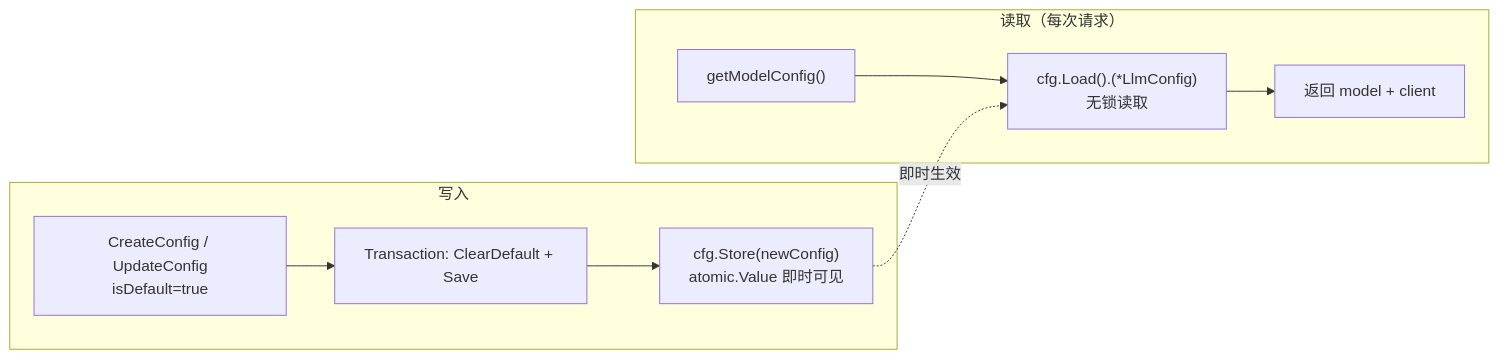
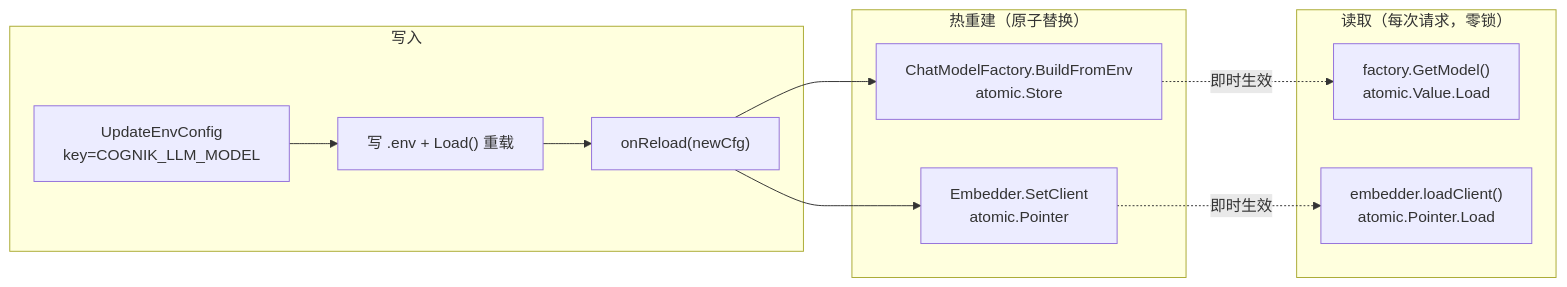
Diagram 11 of 11 in docs/TECH.md (int2t05/Cognik), drawn with Mermaid before and after one commit. The commit also changed other lines of this file and 33 other files, not shown here.

````diff
--- a/docs/TECH.md
+++ b/docs/TECH.md
@@ -474,10 +476,15 @@
 ```mermaid
 flowchart LR
     subgraph Write["写入"]
-        W1["CreateConfig / UpdateConfig<br/>isDefault=true"] --> W2["Transaction: ClearDefault + Save"] --> W3["cfg.Store(newConfig)<br/>atomic.Value 即时可见"]
+        W1["UpdateEnvConfig<br/>key=COGNIK_LLM_MODEL"] --> W2["写 .env + Load() 重载"] --> W3["onReload(newCfg)"]
     end
-    subgraph Read["读取（每次请求）"]
-        R1["getModelConfig()"] --> R2["cfg.Load().(*LlmConfig)<br/>无锁读取"] --> R3["返回 model + client"]
+    subgraph Rebuild["热重建（原子替换）"]
+        R1["ChatModelFactory.BuildFromEnv<br/>atomic.Store"] & R2["Embedder.SetClient<br/>atomic.Pointer"]
     end
-    W3 -.->|即时生效| R2
+    subgraph Read["读取（每次请求，零锁）"]
+        Q1["factory.GetModel()<br/>atomic.Value.Load"] & Q2["embedder.loadClient()<br/>atomic.Pointer.Load"]
+    end
+    W3 --> R1 & R2
+    R1 -.->|即时生效| Q1
+    R2 -.->|即时生效| Q2
 ```
````
